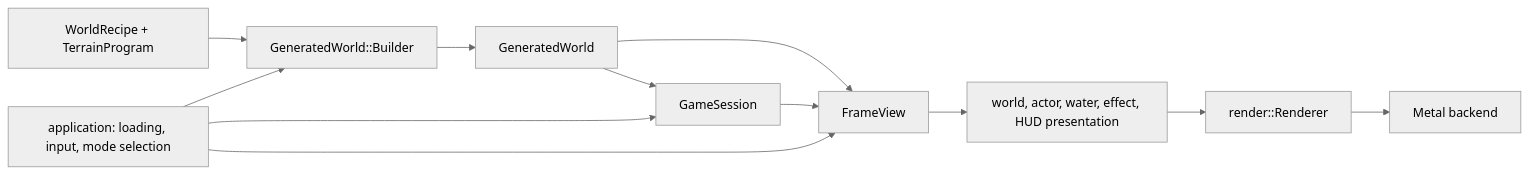
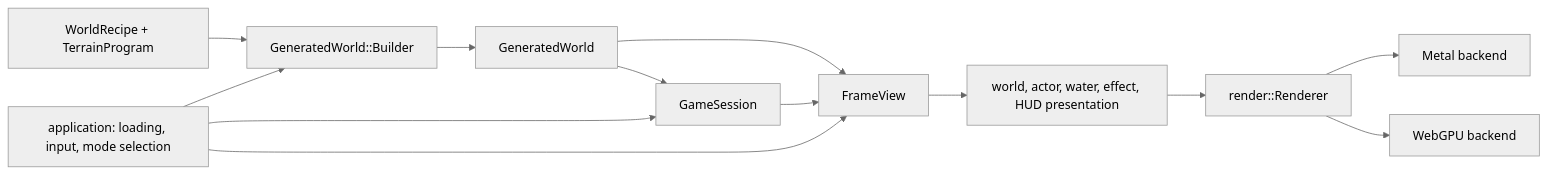
Before and after one commit to mbrock/moppe: the first of 2 diagrams in docs/engine-atlas.md, drawn with Mermaid (neutral theme). The commit also changed other lines of this file and 16 other files, not shown here.

Commit message:
Add playable WebAssembly WebGPU target

````diff
--- a/docs/engine-atlas.md
+++ b/docs/engine-atlas.md
@@ -15,14 +15,15 @@
 ```mermaid
 flowchart LR
   recipe["WorldRecipe + TerrainProgram"] --> build["GeneratedWorld::Builder"]
   build --> world["GeneratedWorld"]
   world --> session["GameSession"]
   world --> view["FrameView"]
   session --> view
   view --> scene["world, actor, water, effect, HUD presentation"]
   scene --> renderer["render::Renderer"]
   renderer --> metal["Metal backend"]
+  renderer --> webgpu["WebGPU backend"]
   app["application: loading, input, mode selection"] --> build
   app --> session
   app --> view
 ```
````
